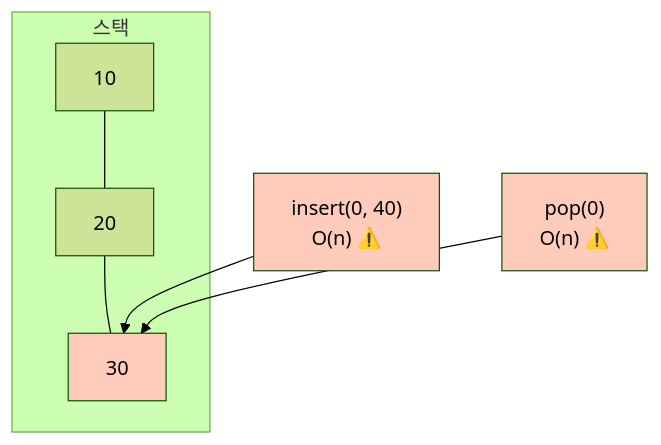
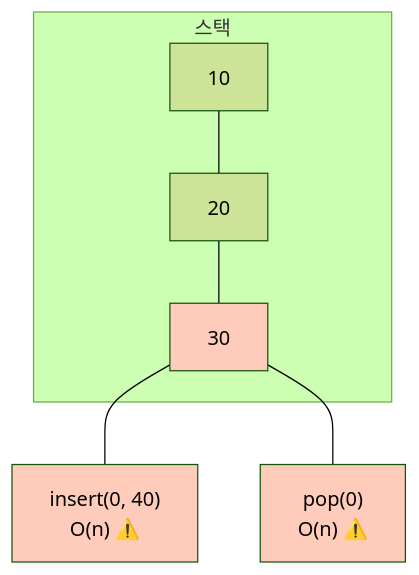
The third of 6 diagrams in _md/essentials-codingtest/chapter03/03-2.md (nugurejeil/weniVooks), drawn with Mermaid (forest theme) before and after one commit. The commit also changed other lines of this file and 6 other files, not shown here.

````diff
--- a/_md/essentials-codingtest/chapter03/03-2.md
+++ b/_md/essentials-codingtest/chapter03/03-2.md
@@ -132,18 +132,18 @@
 ```mermaid
 graph TD
     subgraph "스택"
         A["10"]
         B["20"]
         C["30"]
 
         A --- B
         B --- C
     end
 
-    D["insert(0, 40)<br/>O(n) ⚠️"] --> C
-    E["pop(0)<br/>O(n) ⚠️"] --> C
+    C --- D["insert(0, 40)<br/>O(n) ⚠️"]
+    C --- E["pop(0)<br/>O(n) ⚠️"]
 
     style C fill:#ffccbc
     style D fill:#ffccbc
     style E fill:#ffccbc
 ```
````
